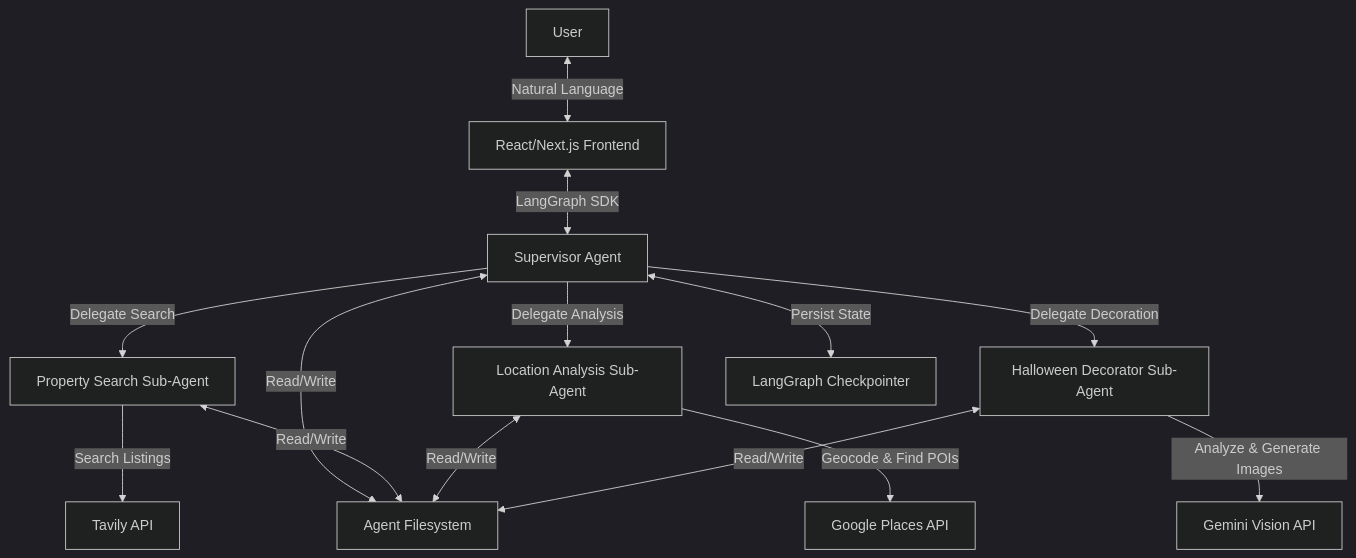
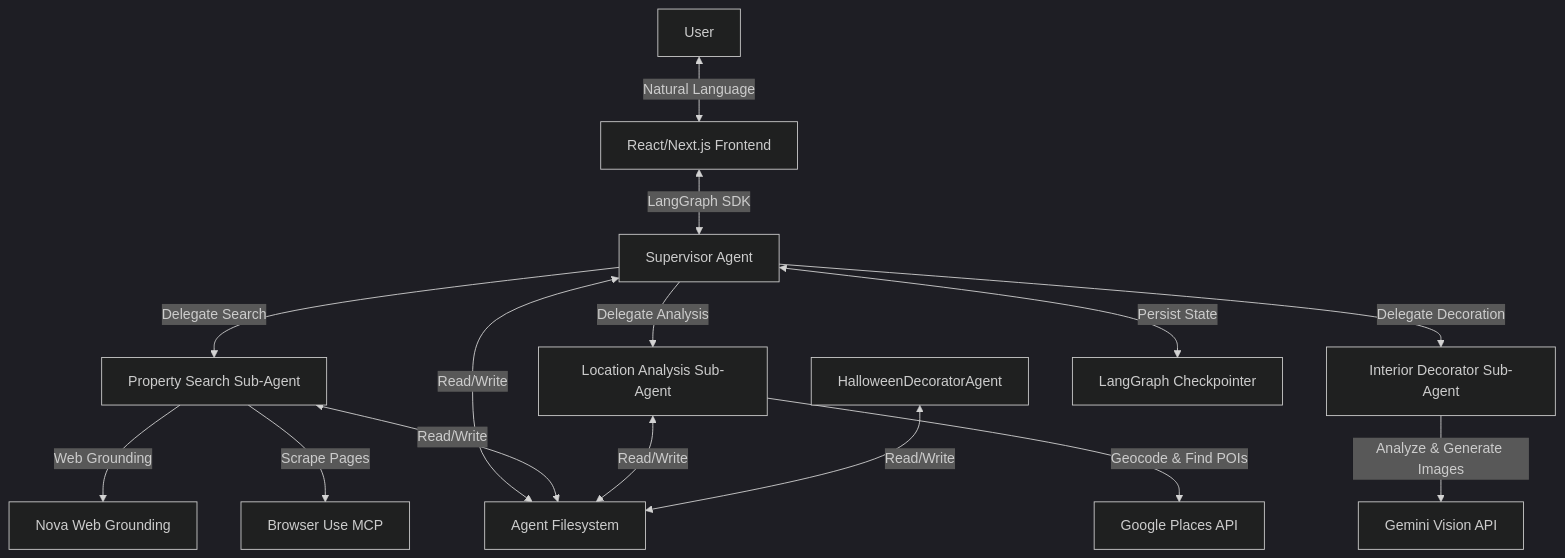
The diagram in .kiro/specs/ai-real-estate-copilot/design.md (Emarhnuel/Real-Estate-AI-Agent), drawn with Mermaid (dark theme) before and after one commit. The commit also changed other lines of this file, not shown here.

Commit message:
docs: update design.md with Nova and Browser Use MCP stack

````diff
--- a/.kiro/specs/ai-real-estate-copilot/design.md
+++ b/.kiro/specs/ai-real-estate-copilot/design.md
@@ -52,16 +52,17 @@
 ```mermaid
 graph TD
     User[User] <-->|Natural Language| Frontend[React/Next.js Frontend]
     Frontend <-->|LangGraph SDK| SupervisorAgent[Supervisor Agent]
     SupervisorAgent -->|Delegate Search| PropertySearchAgent[Property Search Sub-Agent]
     SupervisorAgent -->|Delegate Analysis| LocationAnalysisAgent[Location Analysis Sub-Agent]
-    SupervisorAgent -->|Delegate Decoration| HalloweenDecoratorAgent[Halloween Decorator Sub-Agent]
-    PropertySearchAgent -->|Search Listings| TavilyAPI[Tavily API]
+    SupervisorAgent -->|Delegate Decoration| InteriorDecoratorAgent[Interior Decorator Sub-Agent]
+    PropertySearchAgent -->|Web Grounding| NovaAPI[Nova Web Grounding]
+    PropertySearchAgent -->|Scrape Pages| BrowserUseMCP[Browser Use MCP]
     LocationAnalysisAgent -->|Geocode & Find POIs| GooglePlacesAPI[Google Places API]
-    HalloweenDecoratorAgent -->|Analyze & Generate Images| GeminiAPI[Gemini Vision API]
+    InteriorDecoratorAgent -->|Analyze & Generate Images| GeminiAPI[Gemini Vision API]
     SupervisorAgent <-->|Read/Write| Filesystem[Agent Filesystem]
     PropertySearchAgent <-->|Read/Write| Filesystem
     LocationAnalysisAgent <-->|Read/Write| Filesystem
     HalloweenDecoratorAgent <-->|Read/Write| Filesystem
     SupervisorAgent <-->|Persist State| Checkpointer[LangGraph Checkpointer]
 ```
````
